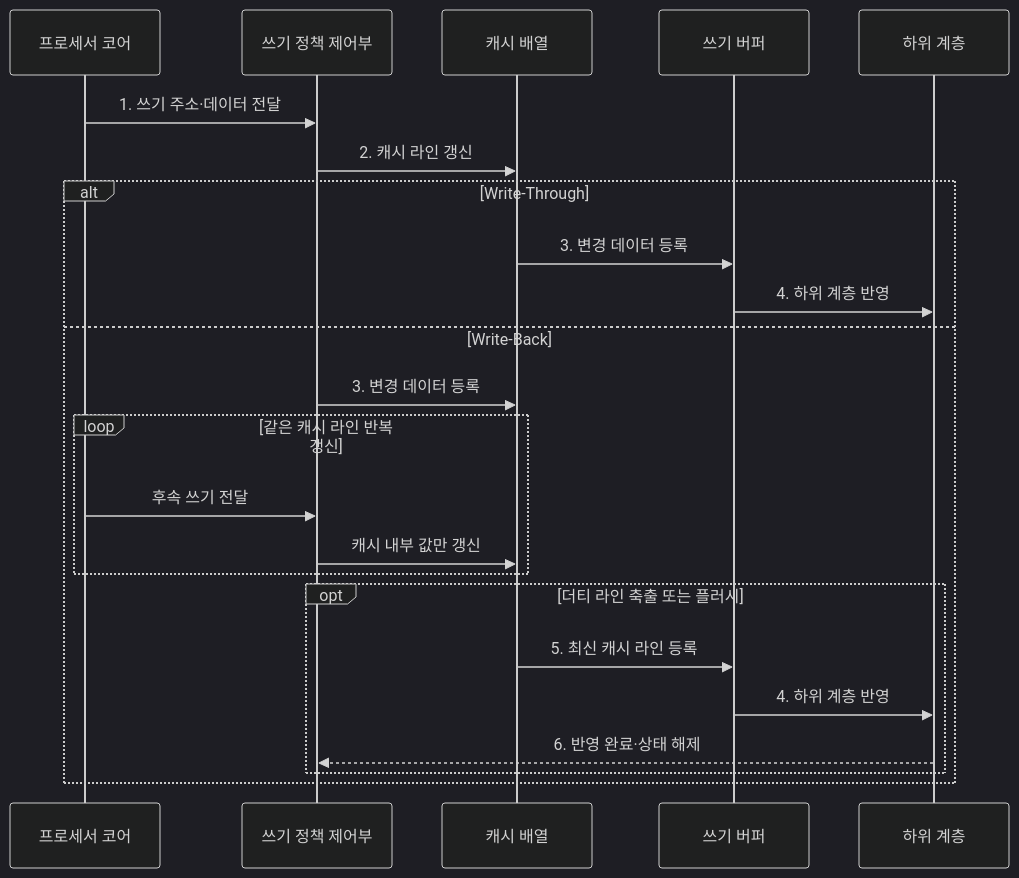
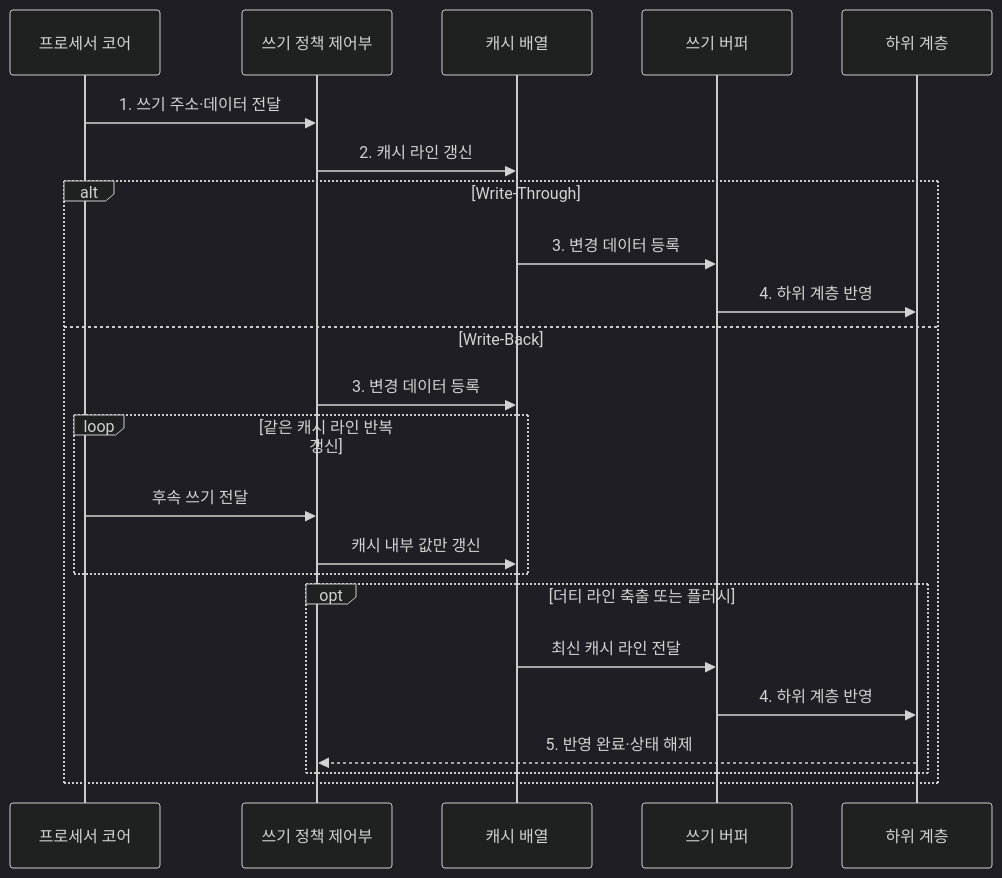
One commit to agnusdei1207/knowledge-base changed the second of 2 diagrams in src/content/docs/notes/02-hardware/013_cache_write_policy.md. Above: the diagram before and after it, drawn with Mermaid (dark theme). The commit also changed other lines of this file and 86 other files, not shown here.

````diff
--- a/src/content/docs/notes/02-hardware/013_cache_write_policy.md
+++ b/src/content/docs/notes/02-hardware/013_cache_write_policy.md
@@ -84,26 +84,26 @@
 ```mermaid
 sequenceDiagram
     participant C as 프로세서 코어
     participant P as 쓰기 정책 제어부
     participant A as 캐시 배열
     participant W as 쓰기 버퍼
     participant L as 하위 계층
 
     C->>P: 1. 쓰기 주소·데이터 전달
     P->>A: 2. 캐시 라인 갱신
     alt Write-Through
         A->>W: 3. 변경 데이터 등록
         W->>L: 4. 하위 계층 반영
     else Write-Back
         P->>A: 3. 변경 데이터 등록
         loop 같은 캐시 라인 반복 갱신
             C->>P: 후속 쓰기 전달
             P->>A: 캐시 내부 값만 갱신
         end
         opt 더티 라인 축출 또는 플러시
-            A->>W: 5. 최신 캐시 라인 등록
+            A->>W: 최신 캐시 라인 전달
             W->>L: 4. 하위 계층 반영
-            L-->>P: 6. 반영 완료·상태 해제
+            L-->>P: 5. 반영 완료·상태 해제
         end
     end
 ```
````
